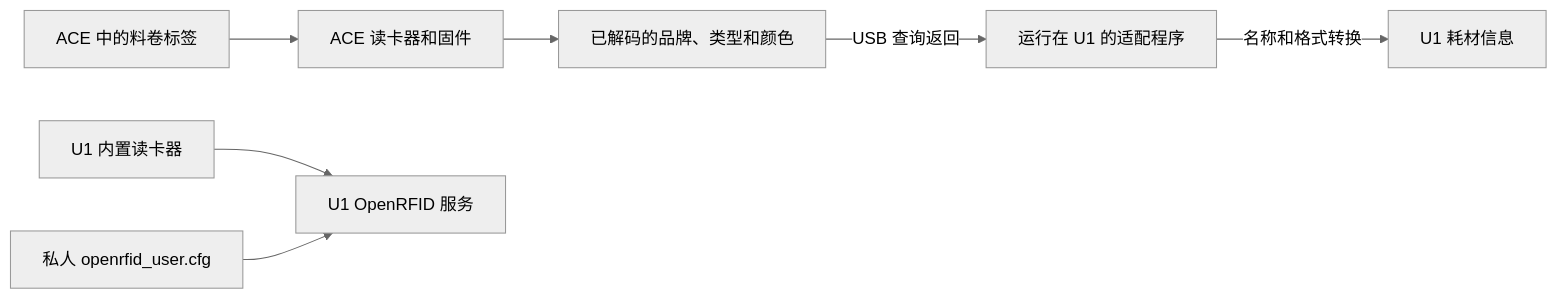
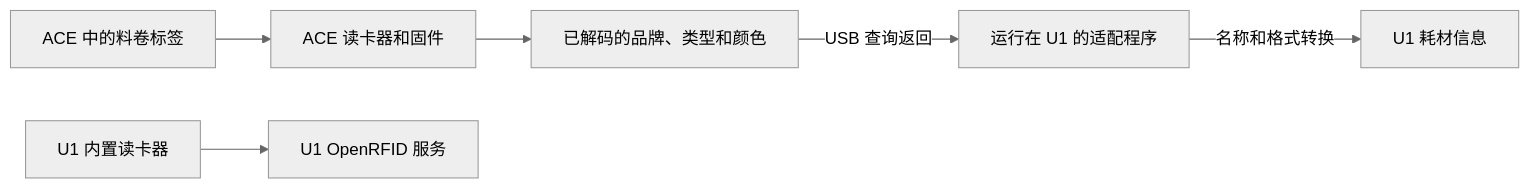
Before and after one commit to Alexantry/Ultimate-U1-ACE-link: the diagram in docs/nfc.zh-CN.md, drawn with Mermaid (neutral theme). The commit also changed other lines of this file and 22 other files, not shown here.

````diff
--- a/docs/nfc.zh-CN.md
+++ b/docs/nfc.zh-CN.md
@@ -60,9 +60,8 @@
 ```mermaid
 flowchart LR
     Tag[ACE 中的料卷标签] --> Reader[ACE 读卡器和固件]
     Reader --> Data[已解码的品牌、类型和颜色]
     Data -->|USB 查询返回| Port[运行在 U1 的适配程序]
     Port -->|名称和格式转换| U1[U1 耗材信息]
     Internal[U1 内置读卡器] --> OpenRFID[U1 OpenRFID 服务]
-    Keys[私人 openrfid_user.cfg] --> OpenRFID
 ```
````
